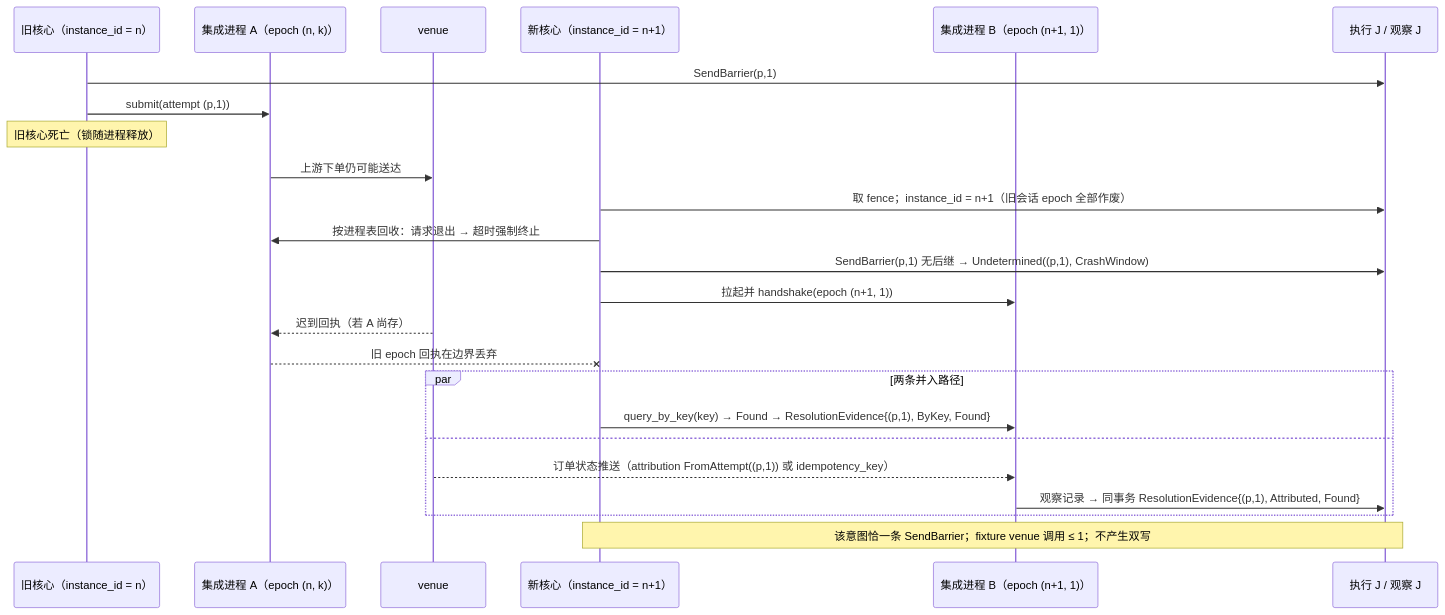
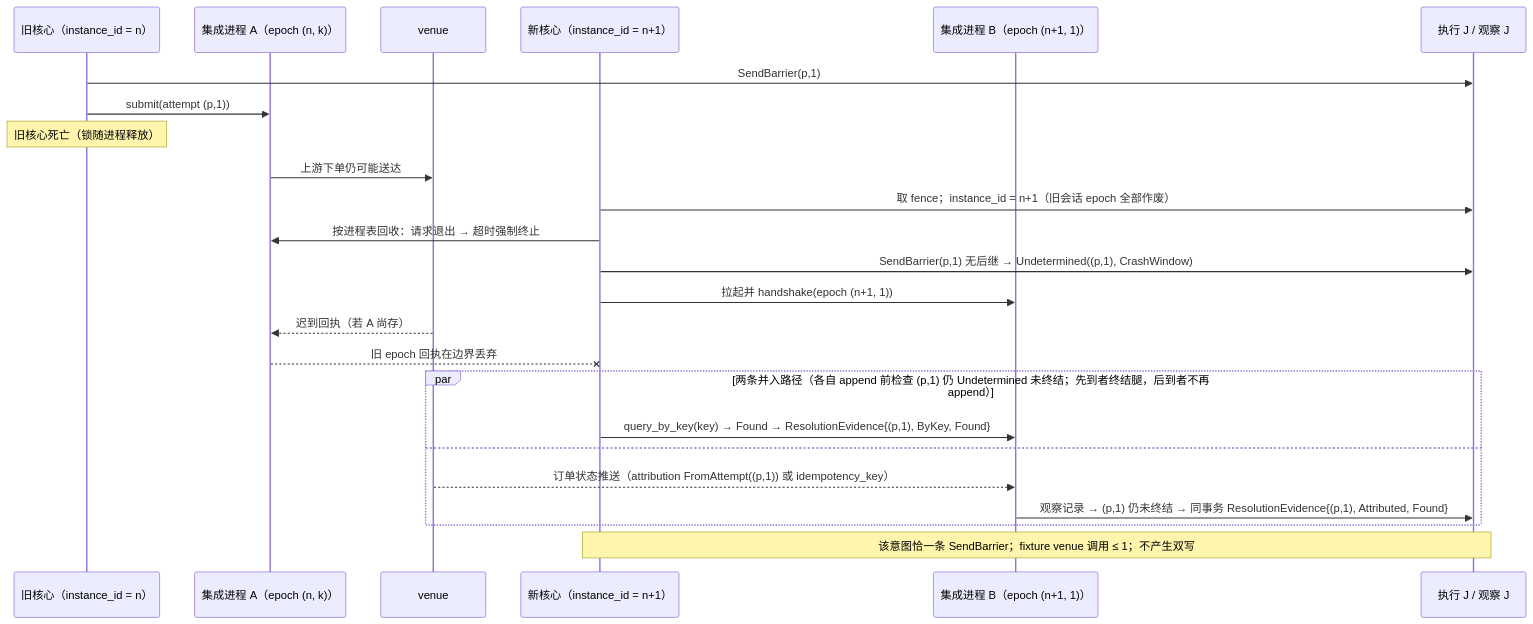
One commit to mouriya-s-lab/uta changed the third of 4 diagrams in design/diagrams/07-crash-recovery.md. Above: the diagram before and after it, drawn with Mermaid. The commit also changed other lines of this file and 10 other files, not shown here.

````diff
--- a/design/diagrams/07-crash-recovery.md
+++ b/design/diagrams/07-crash-recovery.md
@@ -71,26 +71,26 @@
 ```mermaid
 sequenceDiagram
   participant OLD as 旧核心（instance_id = n）
   participant IA as 集成进程 A（epoch (n, k)）
   participant V as venue
   participant NEW as 新核心（instance_id = n+1）
   participant IB as 集成进程 B（epoch (n+1, 1)）
   participant J as 执行 J / 观察 J
   OLD->>J: SendBarrier(p,1)
   OLD->>IA: submit(attempt (p,1))
   Note over OLD: 旧核心死亡（锁随进程释放）
   IA->>V: 上游下单仍可能送达
   NEW->>J: 取 fence；instance_id = n+1（旧会话 epoch 全部作废）
   NEW->>IA: 按进程表回收：请求退出 → 超时强制终止
   NEW->>J: SendBarrier(p,1) 无后继 → Undetermined((p,1), CrashWindow)
   NEW->>IB: 拉起并 handshake(epoch (n+1, 1))
   V-->>IA: 迟到回执（若 A 尚存）
   IA--xNEW: 旧 epoch 回执在边界丢弃
-  par 两条并入路径
+  par 两条并入路径（各自 append 前检查 (p,1) 仍 Undetermined 未终结；先到者终结腿，后到者不再 append）
     NEW->>IB: query_by_key(key) → Found → ResolutionEvidence{(p,1), ByKey, Found}
   and
     V-->>IB: 订单状态推送（attribution FromAttempt((p,1)) 或 idempotency_key）
-    IB->>J: 观察记录 → 同事务 ResolutionEvidence{(p,1), Attributed, Found}
+    IB->>J: 观察记录 → (p,1) 仍未终结 → 同事务 ResolutionEvidence{(p,1), Attributed, Found}
   end
   Note over NEW,J: 该意图恰一条 SendBarrier；fixture venue 调用 ≤ 1；不产生双写
 ```
````
